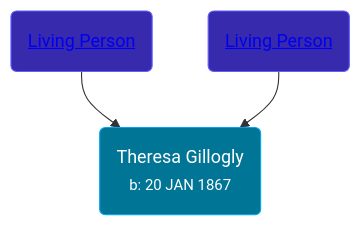
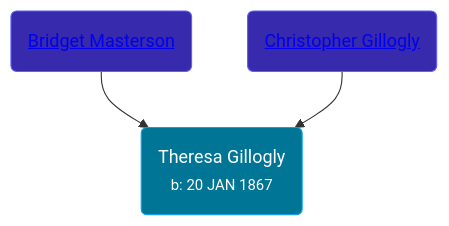
One commit to wpmgotkh/wpmgotkh.github.io changed the diagram in pages/people/6/67581747.md. Above: the diagram before and after it, drawn with Mermaid. The commit also changed other lines of this file and 586 other files, not shown here.

Commit message:
feat: better shouldConsiderPersonLiving algo

````diff
--- a/pages/people/6/67581747.md
+++ b/pages/people/6/67581747.md
@@ -11,9 +11,9 @@
 ```mermaid
 graph
 classDef grands fill:#193cb8,stroke:#2b7fff,stroke-width:1px,color:#fff;
 classDef parents fill:#372aac,stroke:#615fff,stroke-width:1px,color:#fff;
 classDef primary fill:#007595,stroke:#00a6f4,stroke-width:1px,color:#fff;
 67581747(Theresa Gillogly<br /><small>b: 20 JAN 1867</small>):::primary
-6028429(<a class="text-white" href="/people/6/6028429">Living Person</a>):::parents-->67581747
-50418124(<a class="text-white" href="/people/5/50418124">Living Person</a>):::parents-->67581747
+6028429(<a class="text-white" href="/people/6/6028429">Bridget Masterson</a>):::parents-->67581747
+50418124(<a class="text-white" href="/people/5/50418124">Christopher Gillogly</a>):::parents-->67581747
 ```
````
